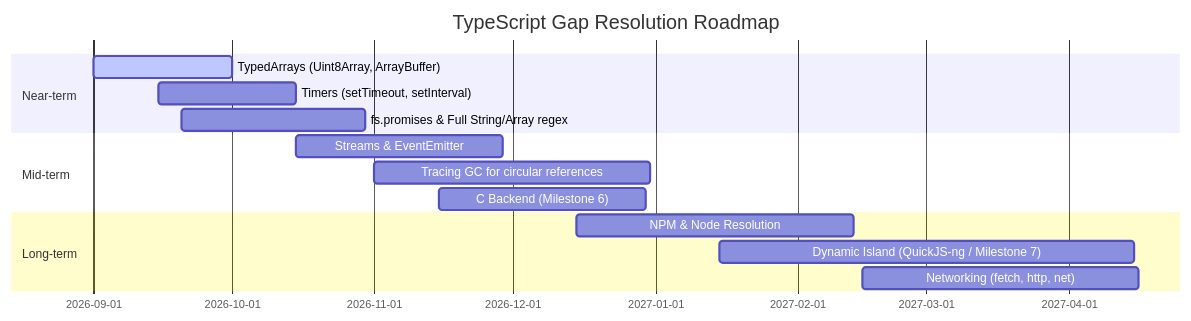
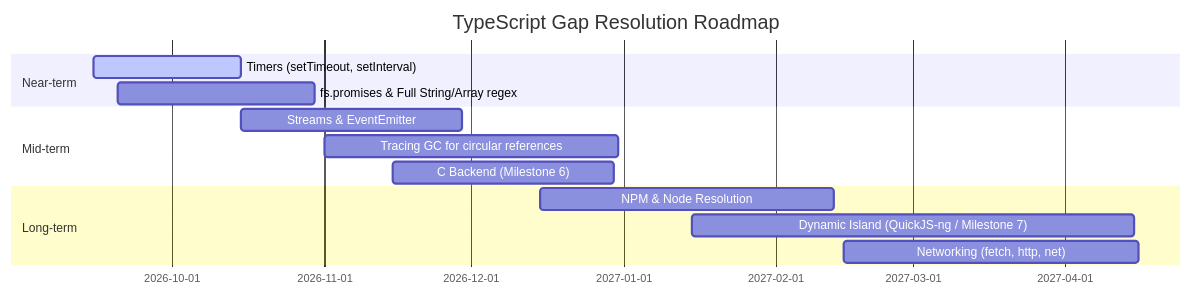
Before and after one commit to pilotworks/scriptgo: the diagram in docs/typescript-parity-report.md, drawn with Mermaid. The commit also changed other lines of this file and 22 other files, not shown here.

Commit message:
feat: implement full TypedArray and DataView support across compiler, runtime, and LLVM backend

````diff
--- a/docs/typescript-parity-report.md
+++ b/docs/typescript-parity-report.md
@@ -335,17 +335,16 @@
 ```mermaid
 gantt
     title TypeScript Gap Resolution Roadmap
     dateFormat  YYYY-MM-DD
     section Near-term
-    TypedArrays (Uint8Array, ArrayBuffer) :active, 2026-09-01, 30d
-    Timers (setTimeout, setInterval)       :2026-09-15, 30d
+    Timers (setTimeout, setInterval)       :active, 2026-09-15, 30d
     fs.promises & Full String/Array regex  :2026-09-20, 40d
     section Mid-term
     Streams & EventEmitter                 :2026-10-15, 45d
     Tracing GC for circular references     :2026-11-01, 60d
     C Backend (Milestone 6)                :2026-11-15, 45d
     section Long-term
     NPM & Node Resolution                  :2026-12-15, 60d
     Dynamic Island (QuickJS-ng / Milestone 7) :2027-01-15, 90d
     Networking (fetch, http, net)          :2027-02-15, 60d
 ```
````
